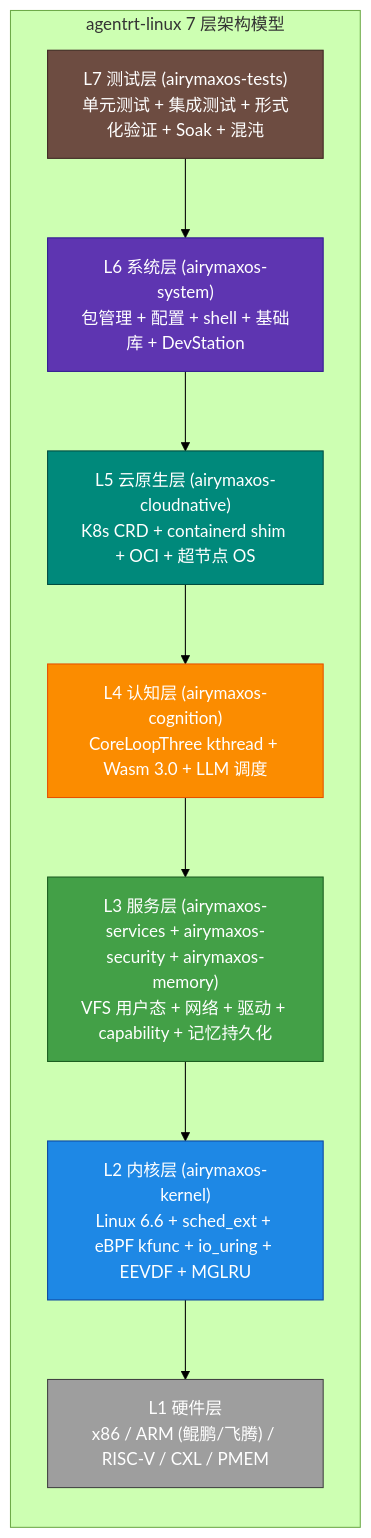
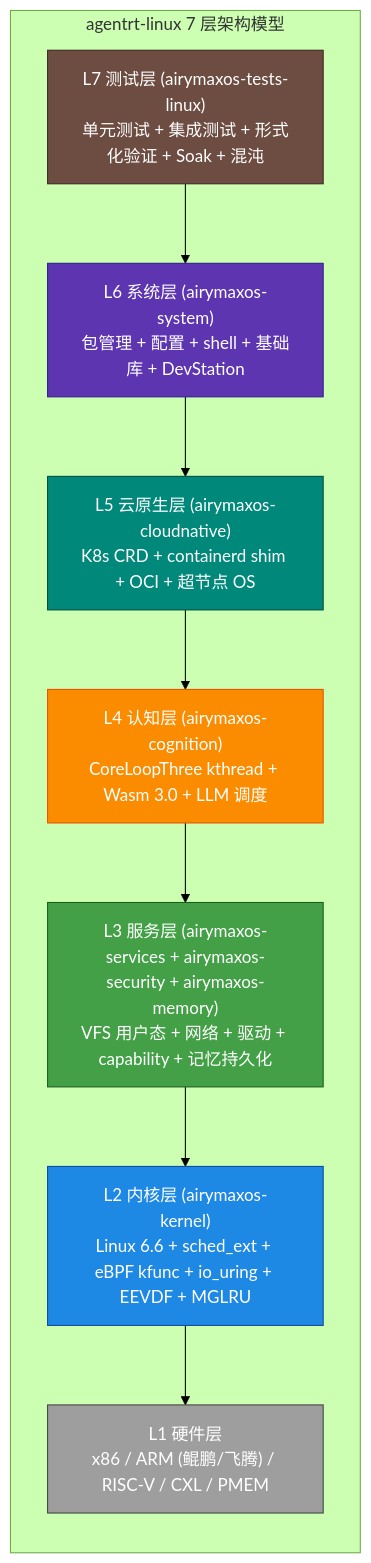
One commit to openairymax/docs-linux changed the second of 2 diagrams in 10-architecture/README.md. Above: the diagram before and after it, drawn with Mermaid (forest theme). The commit also changed other lines of this file and 74 other files, not shown here.

````diff
--- a/10-architecture/README.md
+++ b/10-architecture/README.md
@@ -121,36 +121,36 @@
 ```mermaid
 graph TB
     subgraph "agentrt-linux 7 层架构模型"
         direction TB
-        L7["L7 测试层 (airymaxos-tests)<br/>单元测试 + 集成测试 + 形式化验证 + Soak + 混沌"]
+        L7["L7 测试层 (airymaxos-tests-linux)<br/>单元测试 + 集成测试 + 形式化验证 + Soak + 混沌"]
         L6["L6 系统层 (airymaxos-system)<br/>包管理 + 配置 + shell + 基础库 + DevStation"]
         L5["L5 云原生层 (airymaxos-cloudnative)<br/>K8s CRD + containerd shim + OCI + 超节点 OS"]
         L4["L4 认知层 (airymaxos-cognition)<br/>CoreLoopThree kthread + Wasm 3.0 + LLM 调度"]
         L3["L3 服务层 (airymaxos-services + airymaxos-security + airymaxos-memory)<br/>VFS 用户态 + 网络 + 驱动 + capability + 记忆持久化"]
         L2["L2 内核层 (airymaxos-kernel)<br/>Linux 6.6 + sched_ext + eBPF kfunc + io_uring + EEVDF + MGLRU"]
         L1["L1 硬件层<br/>x86 / ARM (鲲鹏/飞腾) / RISC-V / CXL / PMEM"]
 
         L7 --> L6
         L6 --> L5
         L5 --> L4
         L4 --> L3
         L3 --> L2
         L2 --> L1
     end
 
     classDef l1Style fill:#9e9e9e,stroke:#424242,color:#ffffff
     classDef l2Style fill:#1e88e5,stroke:#0d47a1,color:#ffffff
     classDef l3Style fill:#43a047,stroke:#1b5e20,color:#ffffff
     classDef l4Style fill:#fb8c00,stroke:#e65100,color:#ffffff
     classDef l5Style fill:#00897b,stroke:#004d40,color:#ffffff
     classDef l6Style fill:#5e35b1,stroke:#311b92,color:#ffffff
     classDef l7Style fill:#6d4c41,stroke:#3e2723,color:#ffffff
 
     class L1 l1Style
     class L2 l2Style
     class L3 l3Style
     class L4 l4Style
     class L5 l5Style
     class L6 l6Style
     class L7 l7Style
 ```
````
